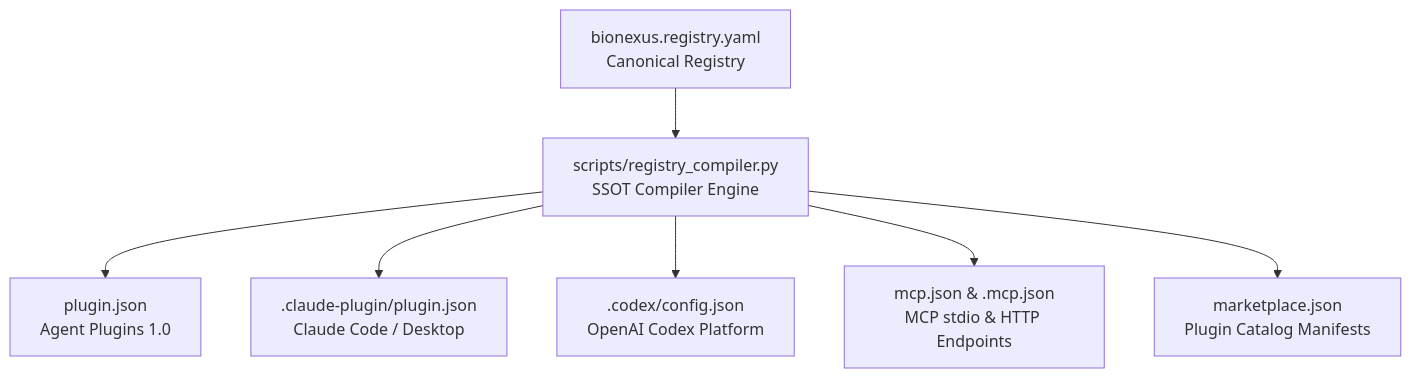
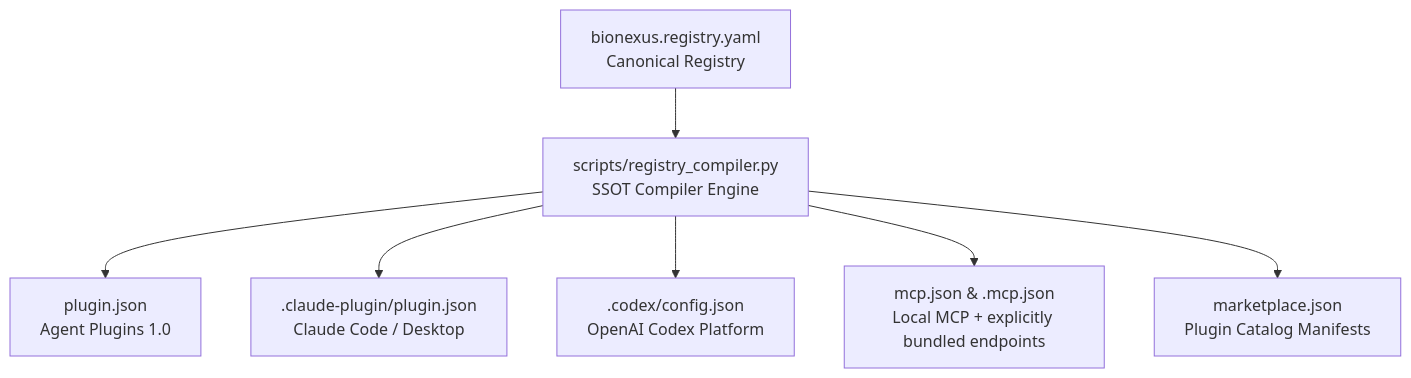
The second of 2 diagrams in README.md (HERRY423/BioNexus), drawn with Mermaid before and after one commit. The commit also changed other lines of this file and 172 other files, not shown here.

````diff
--- a/README.md
+++ b/README.md
@@ -941,17 +900,17 @@
 ```mermaid
 
 graph TD
 
     SSOT["bionexus.registry.yaml<br/>Canonical Registry"] --> Compiler["scripts/registry_compiler.py<br/>SSOT Compiler Engine"]
 
     Compiler --> C1["plugin.json<br/>Agent Plugins 1.0"]
 
     Compiler --> C2[".claude-plugin/plugin.json<br/>Claude Code / Desktop"]
 
     Compiler --> C3[".codex/config.json<br/>OpenAI Codex Platform"]
 
-    Compiler --> C4["mcp.json & .mcp.json<br/>MCP stdio & HTTP Endpoints"]
+    Compiler --> C4["mcp.json & .mcp.json<br/>Local MCP + explicitly bundled endpoints"]
 
     Compiler --> C5["marketplace.json<br/>Plugin Catalog Manifests"]
 
 ```
````
